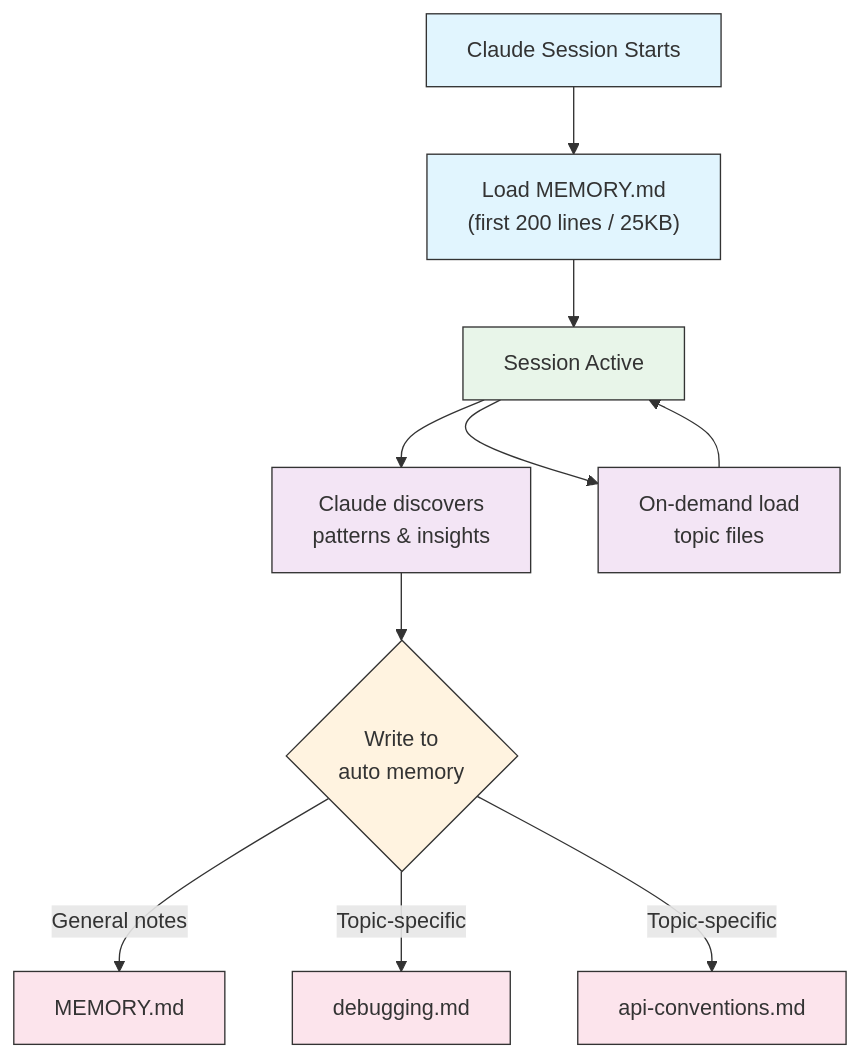
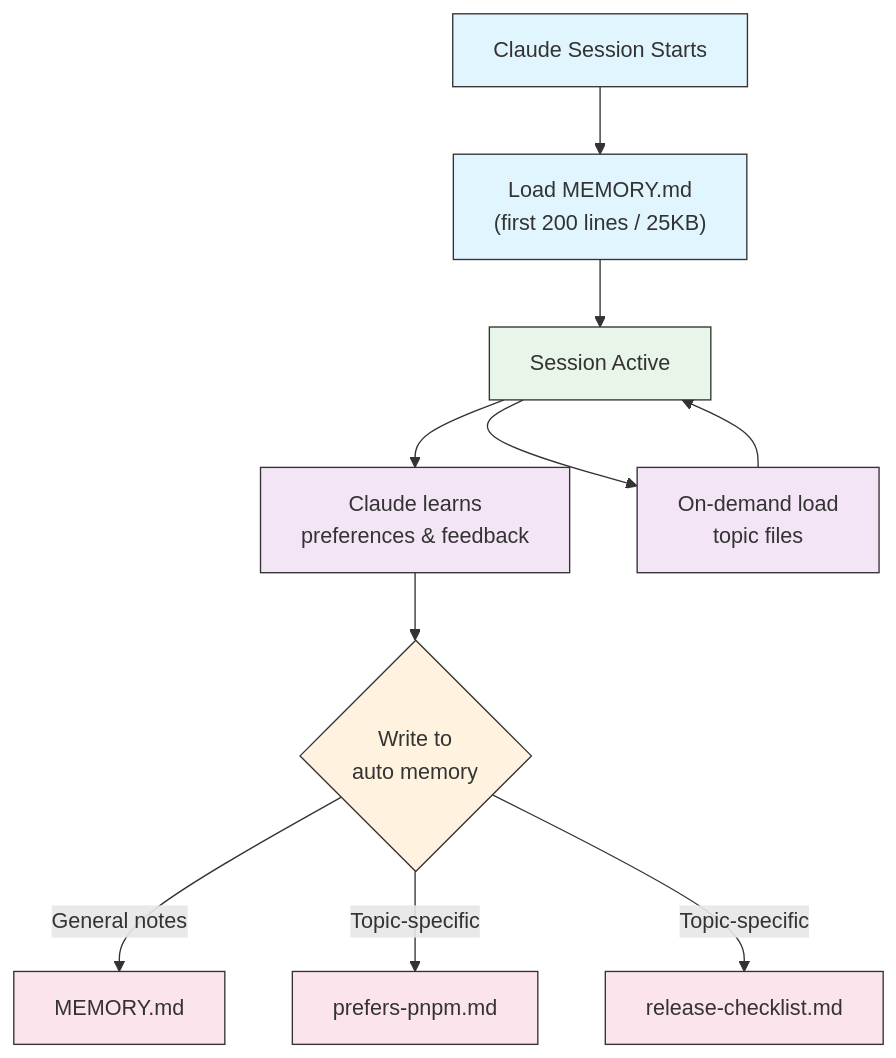
One commit to luongnv89/claude-howto changed the fourth of 5 diagrams in ko/02-memory/README.md. Above: the diagram before and after it, drawn with Mermaid. The commit also changed other lines of this file and 140 other files, not shown here.

````diff
--- a/ko/02-memory/README.md
+++ b/ko/02-memory/README.md
@@ -467,22 +509,22 @@
 ```mermaid
 graph TD
     A["Claude Session Starts"] --> B["Load MEMORY.md<br/>(first 200 lines / 25KB)"]
     B --> C["Session Active"]
-    C --> D["Claude discovers<br/>patterns & insights"]
+    C --> D["Claude learns<br/>preferences & feedback"]
     D --> E{"Write to<br/>auto memory"}
     E -->|General notes| F["MEMORY.md"]
-    E -->|Topic-specific| G["debugging.md"]
-    E -->|Topic-specific| H["api-conventions.md"]
+    E -->|Topic-specific| G["prefers-pnpm.md"]
+    E -->|Topic-specific| H["release-checklist.md"]
     C --> I["On-demand load<br/>topic files"]
     I --> C
 
     style A fill:#e1f5fe,stroke:#333,color:#333
     style B fill:#e1f5fe,stroke:#333,color:#333
     style C fill:#e8f5e9,stroke:#333,color:#333
     style D fill:#f3e5f5,stroke:#333,color:#333
     style E fill:#fff3e0,stroke:#333,color:#333
     style F fill:#fce4ec,stroke:#333,color:#333
     style G fill:#fce4ec,stroke:#333,color:#333
     style H fill:#fce4ec,stroke:#333,color:#333
     style I fill:#f3e5f5,stroke:#333,color:#333
 ```
````
